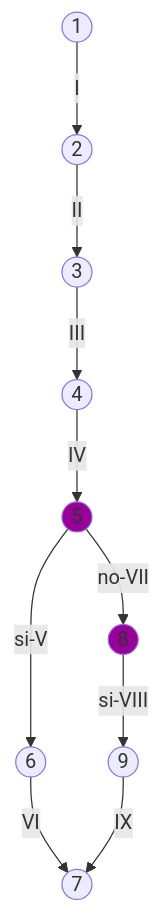
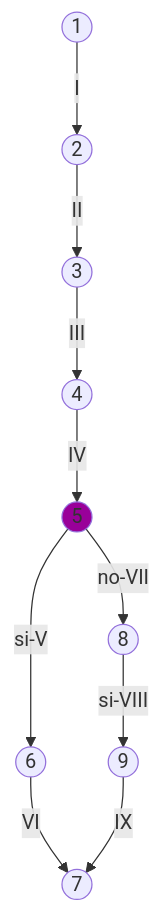
Before and after one commit to alt165/tp8: the sixth of 8 diagrams in Diagramas de flujo y grafos de complejidad ciclomatica.md, drawn with Mermaid. The commit also changed other lines of this file, not shown here.

Commit message:
Update Diagramas de flujo y grafos de complejidad ciclomatica.md

````diff
--- a/Diagramas de flujo y grafos de complejidad ciclomatica.md
+++ b/Diagramas de flujo y grafos de complejidad ciclomatica.md
@@ -127,15 +127,14 @@
 ```mermaid
 graph 
 a((1))-->|I|b((2))
 b-->|II|c((3))
 c-->|III|d((4))
 d-->|IV|e((5))
 e-->|si-V|f((6))
 e-->|no-VII|g((8))
 g-->|si-VIII|h((9))
 f-->|VI|i((7))
 h-->|IX|i
 
 style e fill:#909
-style g fill:#909
 ```
````
